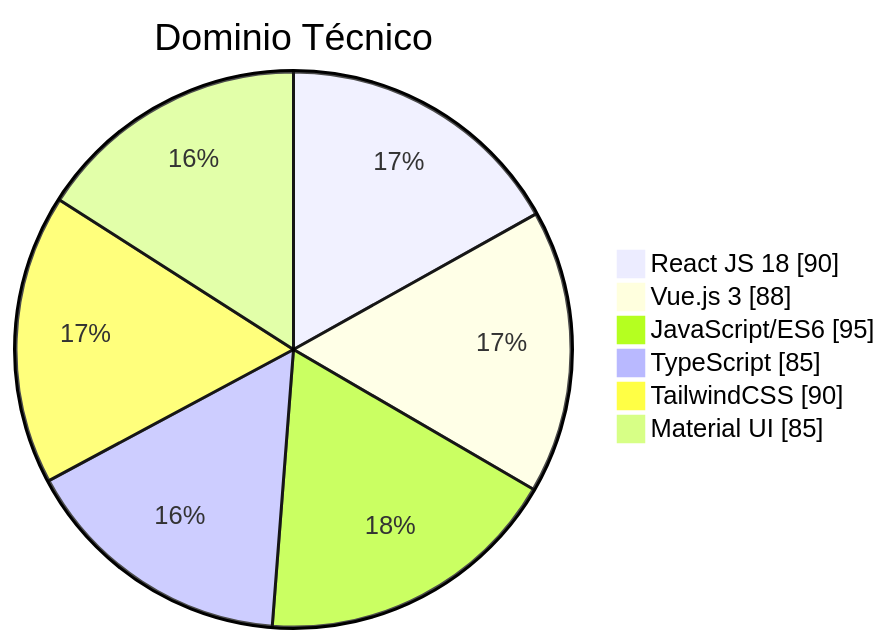
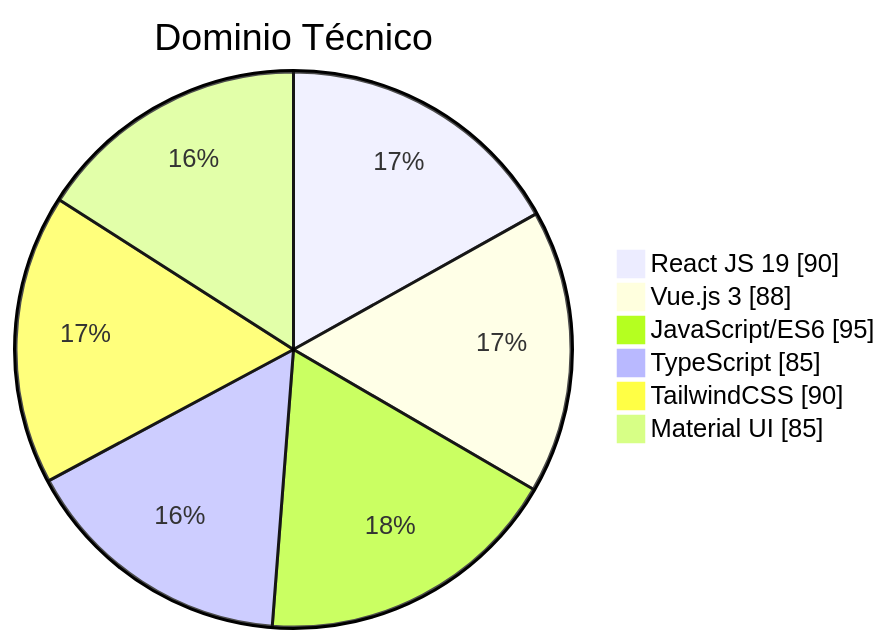
Before and after one commit to nuevacumbre/nuevacumbre.github.io: the second of 2 diagrams in README.md, drawn with Mermaid.

Commit message:
Deploy portfolio a nuevacumbre.github.io

````diff
--- a/README.md
+++ b/README.md
@@ -84,10 +84,10 @@
 ```mermaid
 pie showData
     title Dominio Técnico
-    "React JS 18" : 90
+    "React JS 19" : 90
     "Vue.js 3" : 88
     "JavaScript/ES6" : 95
     "TypeScript" : 85
     "TailwindCSS" : 90
     "Material UI" : 85
 ```
````
